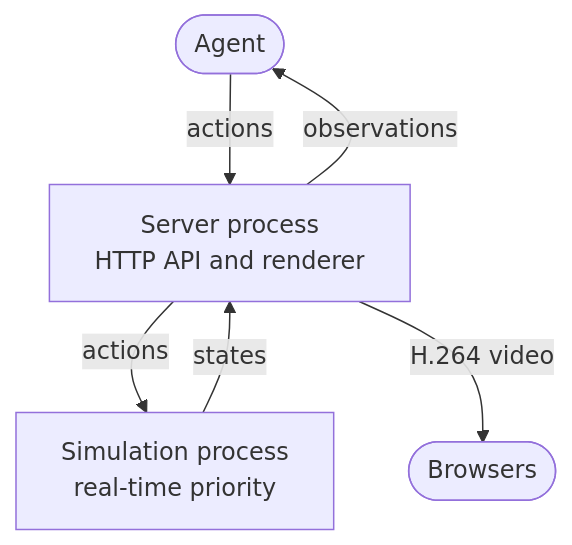
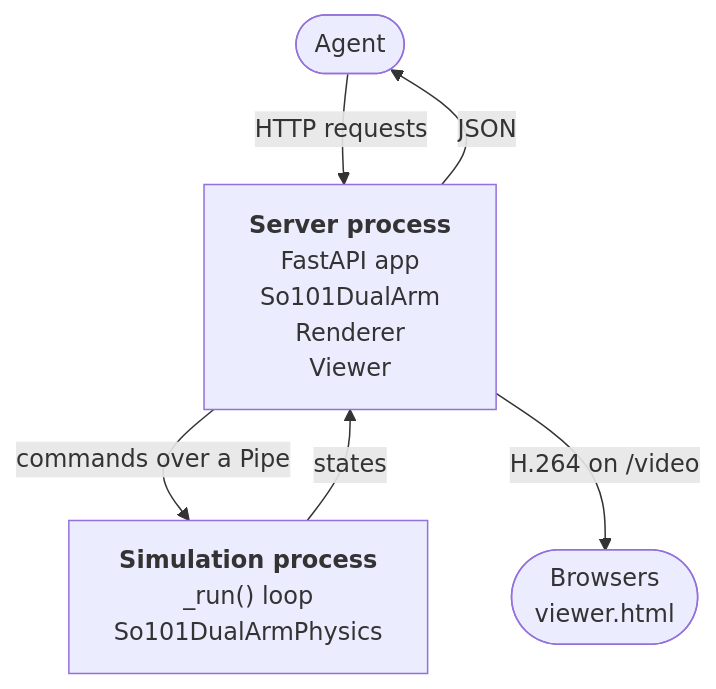
The diagram in README.md (torayeff/robogym), drawn with Mermaid before and after one commit. The commit also changed other lines of this file, not shown here.

````diff
--- a/README.md
+++ b/README.md
@@ -63,13 +81,13 @@
 ```mermaid
 flowchart TB
     agent(["Agent"])
-    server["Server process<br/>HTTP API and renderer"]
-    simulation["Simulation process<br/>real-time priority"]
-    browsers(["Browsers"])
+    server["<b>Server process</b><br/>FastAPI app<br/>So101DualArm<br/>Renderer<br/>Viewer"]
+    simulation["<b>Simulation process</b><br/>_run() loop<br/>So101DualArmPhysics"]
+    browsers(["Browsers<br/>viewer.html"])
 
-    agent -->|actions| server
-    server -->|observations| agent
-    server -->|actions| simulation
+    agent -->|"HTTP requests"| server
+    server -->|JSON| agent
+    server -->|"commands over a Pipe"| simulation
     simulation -->|states| server
-    server -->|"H.264 video"| browsers
+    server -->|"H.264 on /video"| browsers
 ```
````
